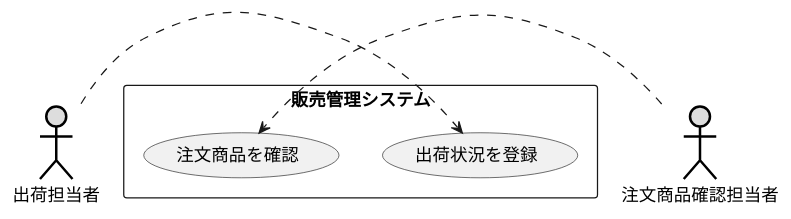
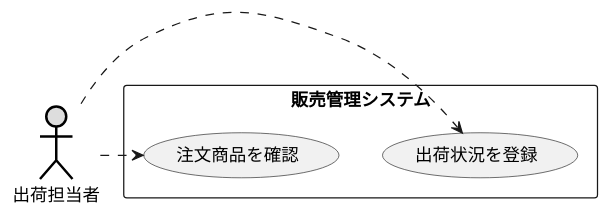
One commit to kaburiba/uml-introduction changed the diagram in 演習2-5_盛岡商事_販売管理システム.pu. Above: the diagram before and after it, drawn with PlantUML.

```diff
--- a/演習2-5_盛岡商事_販売管理システム.pu
+++ b/演習2-5_盛岡商事_販売管理システム.pu
@@ -1,11 +1,9 @@
 @startuml ユースケース図
 actor 出荷担当者 #DDDDDD;line:black;line.bold;
-actor 注文商品確認担当者 #DDDDDD;line:black;line.bold;
 rectangle 販売管理システム{
     usecase 注文商品を確認
     usecase 出荷状況を登録
 }
 出荷担当者.>出荷状況を登録
-注文商品確認担当者.>注文商品を確認
-
+出荷担当者.>注文商品を確認
 @enduml
```
